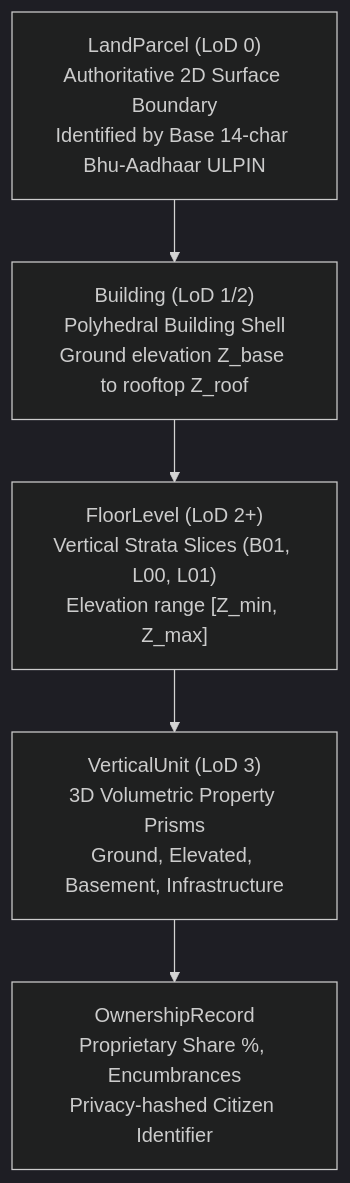
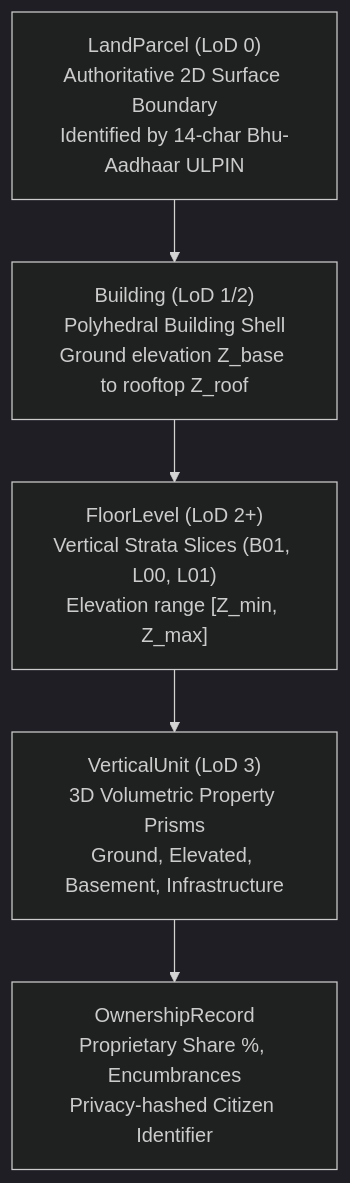
One commit to SreyasM24/3D-ULPIN-Vertical-Property-Mapping changed the fourth of 5 diagrams in README.md. Above: the diagram before and after it, drawn with Mermaid (dark theme). The commit also changed other lines of this file, not shown here.

````diff
--- a/README.md
+++ b/README.md
@@ -338,8 +230,8 @@
 ```mermaid
 flowchart TD
-    P["LandParcel (LoD 0)<br/>Authoritative 2D Surface Boundary<br/>Identified by Base 14-char Bhu-Aadhaar ULPIN"]
+    P["LandParcel (LoD 0)<br/>Authoritative 2D Surface Boundary<br/>Identified by 14-char Bhu-Aadhaar ULPIN"]
     P --> B["Building (LoD 1/2)<br/>Polyhedral Building Shell<br/>Ground elevation Z_base to rooftop Z_roof"]
     B --> F["FloorLevel (LoD 2+)<br/>Vertical Strata Slices (B01, L00, L01)<br/>Elevation range [Z_min, Z_max]"]
     F --> U["VerticalUnit (LoD 3)<br/>3D Volumetric Property Prisms<br/>Ground, Elevated, Basement, Infrastructure"]
     U --> O["OwnershipRecord<br/>Proprietary Share %, Encumbrances<br/>Privacy-hashed Citizen Identifier"]
 ```
````
